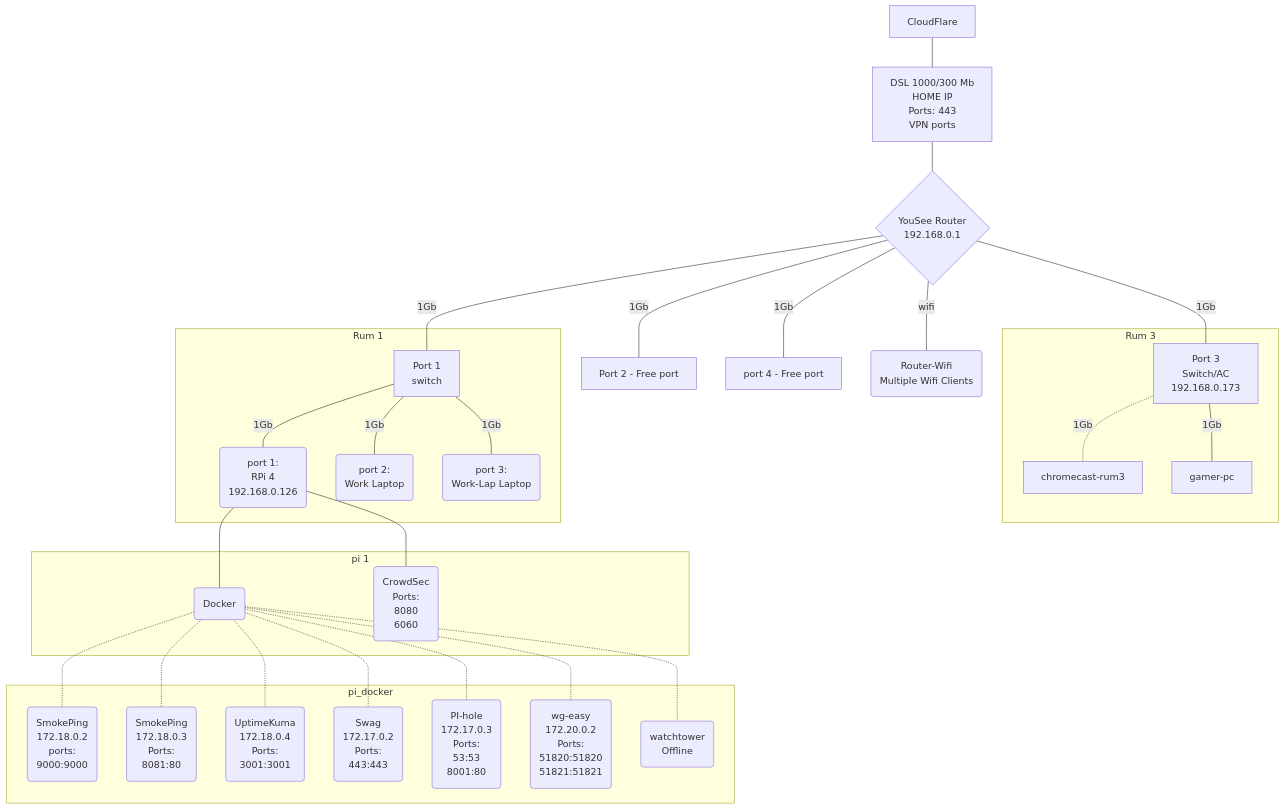
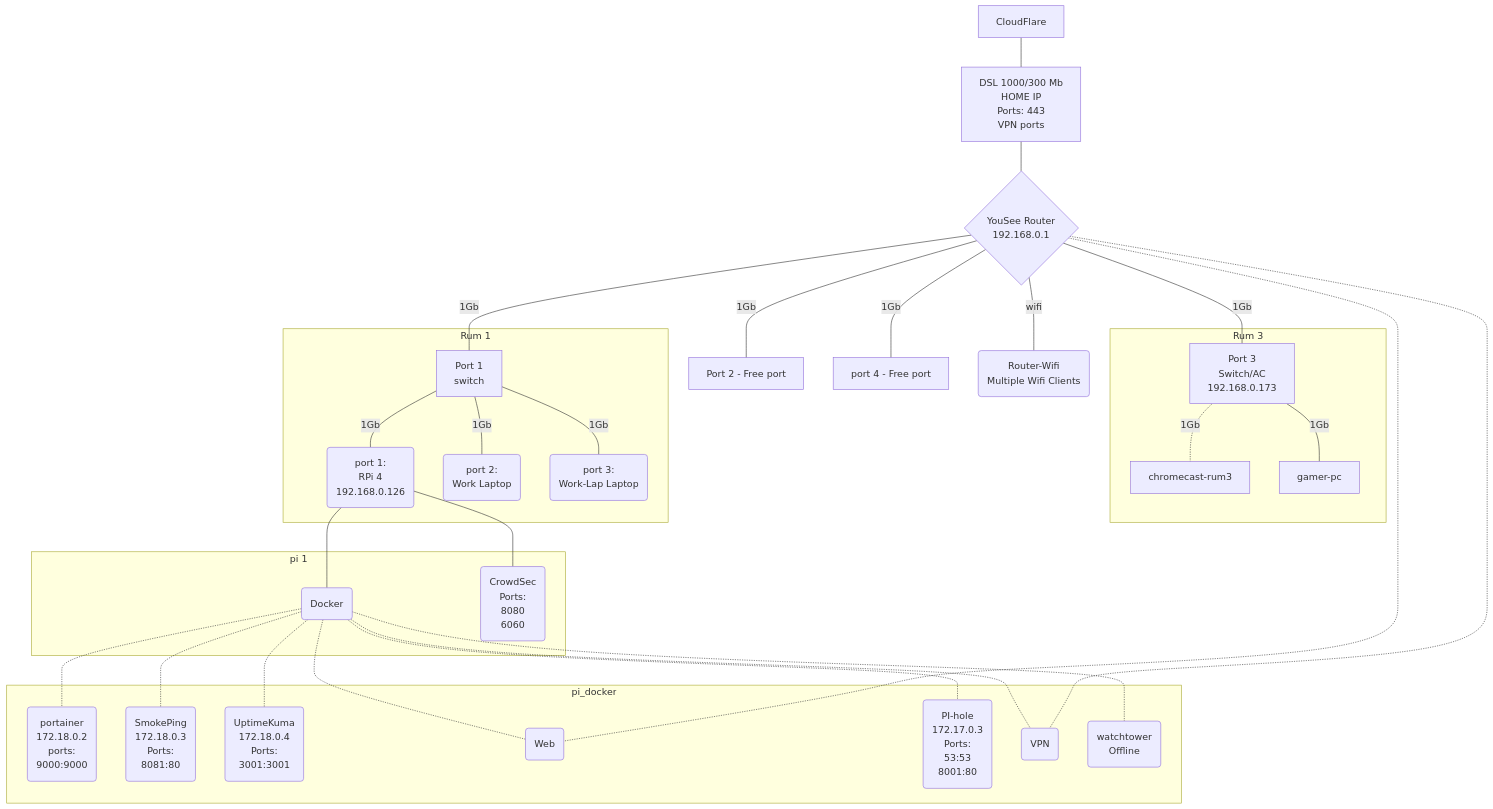
Before and after one commit to alf149/ansible: the diagram in Docs/Index.md, drawn with Mermaid.

````diff
--- a/Docs/Index.md
+++ b/Docs/Index.md
@@ -21,38 +21,40 @@
 ```mermaid
 graph TD
  linkStyle default interpolate basis
  cloudflare[<center>CloudFlare</center>]---wan
  wan[<center>DSL 1000/300 Mb<br>HOME IP<br>Ports: 443<br>VPN ports</center>]---router{<center>YouSee Router<br>192.168.0.1</center>}
  router---|1Gb|rum_1[<center>Port 1<br>switch</center>]
  router---|1Gb|rum_2[<center>Port 2 - Free port</center>]
  router---|1Gb|rum_3[<center>Port 3<br>Switch/AC<br>192.168.0.173</center>]
  router---|1Gb|rum_4[<center>port 4 - Free port</center>]
  router---|wifi|ac_wifi(<center>Router-Wifi<br>Multiple Wifi Clients</center>)
 
     subgraph Rum 3
     rum_3-.-|1Gb|chromecast-rum3
     rum_3---|1Gb|gamer-pc
     end
 
     subgraph Rum 1
     rum_1---|1Gb|pi(<center>port 1:<br> RPi 4<br>192.168.0.126</center>)
     rum_1---|1Gb|work(<center>port 2:<br> Work Laptop</center>)
     rum_1---|1Gb|work-lab(<center>port 3:<br> Work-Lap Laptop</center>)
     end
 
         subgraph pi 1
         pi---docker(<center>Docker</center>)
         pi---crowdsec(<center>CrowdSec<br>Ports:<br>8080<br>6060</center>)
         end
 
         subgraph pi_docker
-        docker-.-portainer(<center>SmokePing    <br>172.18.0.2<br>ports:<br>9000:9000</center>)
+        docker-.-portainer(<center>portainer    <br>172.18.0.2<br>ports:<br>9000:9000</center>)
         docker-.-smokeping(<center>SmokePing    <br>172.18.0.3<br>Ports:<br>8081:80</center>)
         docker-.-uptimeKuma(<center>UptimeKuma  <br>172.18.0.4<br>Ports:<br>3001:3001</center>)
         docker-.-swag(<center>Swag              <br>172.17.0.2<br>Ports:<br>443:443</center>)
         docker-.-pihole(<center>PI-hole         <br>172.17.0.3<br>Ports:<br>53:53<br>8001:80</center>)
         docker-.-wg-easy(<center>wg-easy        <br>172.20.0.2     <br>Ports:<br>51820:51820<br>51821:51821</center>)
         docker-.-watchtower(<center>watchtower  <br>Offline</center>)
         end
+ router-.-swag(<center>Web</center>)
+ router-.-wg-easy(<center>VPN</center>)
 
 ```
````
